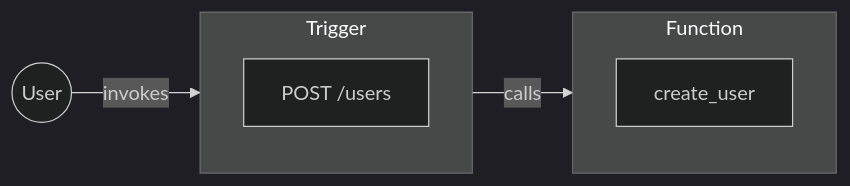
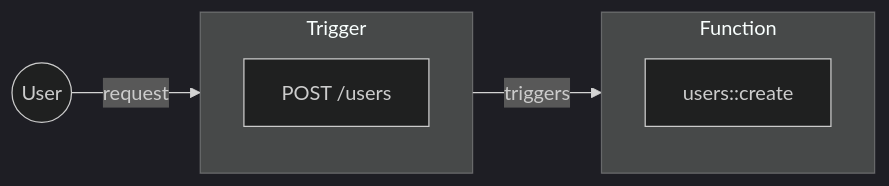
One commit to iii-hq/docs changed the diagram in content/primitives/triggers.mdx. Above: the diagram before and after it, drawn with Mermaid (dark theme). The commit also changed other lines of this file and 20 other files, not shown here.

````diff
--- a/content/primitives/triggers.mdx
+++ b/content/primitives/triggers.mdx
@@ -12,12 +10,12 @@
 ```mermaid
 graph LR
-    User((User)) -->|invokes| Trigger
+    User((User)) -->|request| Trigger
 
     subgraph Trigger[Trigger]
-        Config[POST /users]
+        Config["POST /users"]
     end
     subgraph Function[Function]
-        Fn[create_user]
+        Fn["users::create"]
     end
-    Trigger -->|calls| Function
+    Trigger -->|triggers| Function
 ```
````
